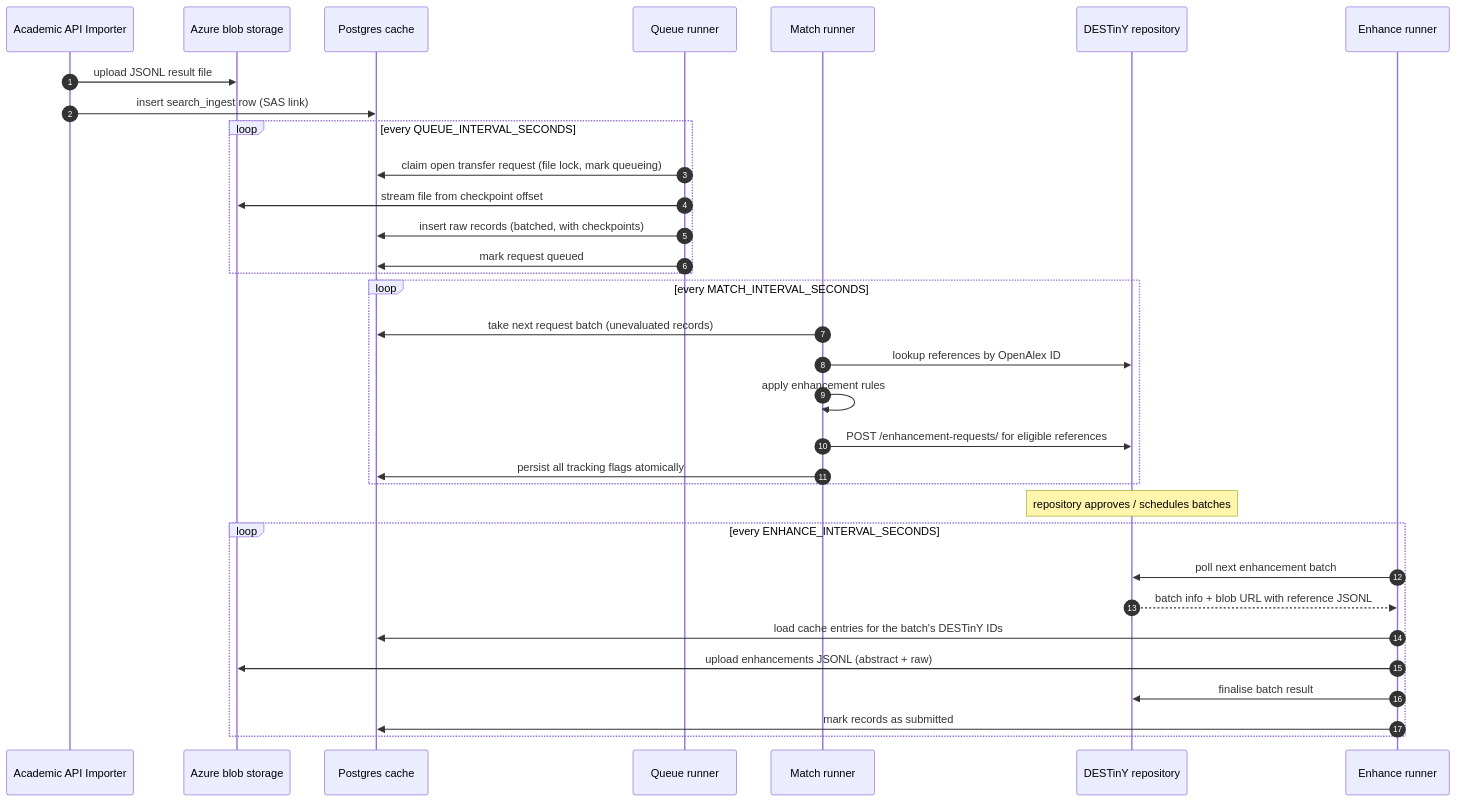
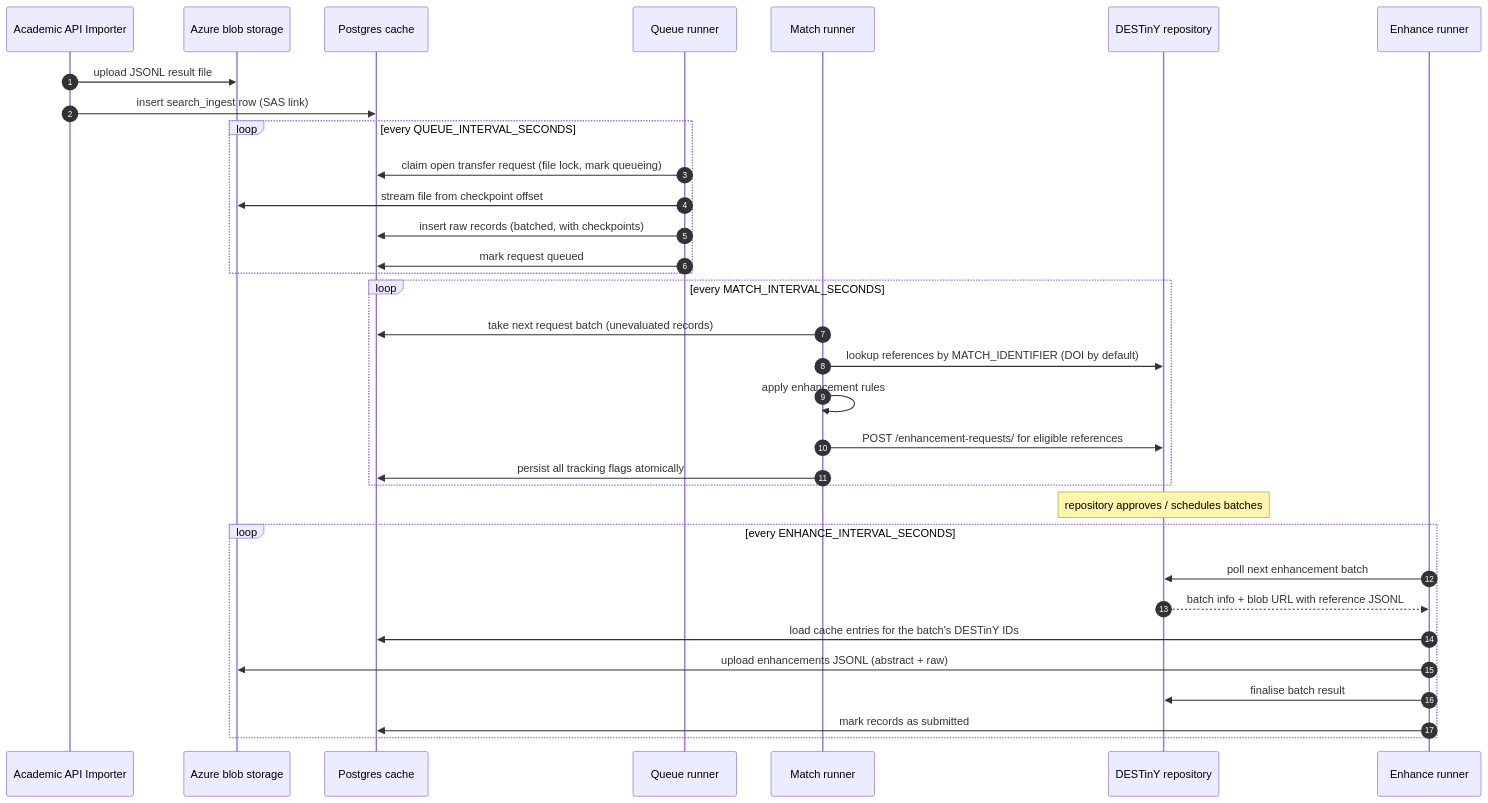
One commit to destiny-evidence/bulk-abstract-ingest-robot changed the diagram in docs/docs/architecture.md. Above: the diagram before and after it, drawn with Mermaid. The commit also changed other lines of this file and 10 other files, not shown here.

````diff
--- a/docs/docs/architecture.md
+++ b/docs/docs/architecture.md
@@ -15,36 +15,36 @@
 ```mermaid
 sequenceDiagram
     autonumber
     participant API as Academic API Importer
     participant Blob as Azure blob storage
     participant DB as Postgres cache
     participant Q as Queue runner
     participant M as Match runner
     participant ODS as DESTinY repository
     participant E as Enhance runner
 
     API->>Blob: upload JSONL result file
     API->>DB: insert search_ingest row (SAS link)
     loop every QUEUE_INTERVAL_SECONDS
         Q->>DB: claim open transfer request (file lock, mark queueing)
         Q->>Blob: stream file from checkpoint offset
         Q->>DB: insert raw records (batched, with checkpoints)
         Q->>DB: mark request queued
     end
     loop every MATCH_INTERVAL_SECONDS
         M->>DB: take next request batch (unevaluated records)
-        M->>ODS: lookup references by OpenAlex ID
+        M->>ODS: lookup references by MATCH_IDENTIFIER (DOI by default)
         M->>M: apply enhancement rules
         M->>ODS: POST /enhancement-requests/ for eligible references
         M->>DB: persist all tracking flags atomically
     end
     Note over ODS: repository approves / schedules batches
     loop every ENHANCE_INTERVAL_SECONDS
         E->>ODS: poll next enhancement batch
         ODS-->>E: batch info + blob URL with reference JSONL
         E->>DB: load cache entries for the batch's DESTinY IDs
         E->>Blob: upload enhancements JSONL (abstract + raw)
         E->>ODS: finalise batch result
         E->>DB: mark records as submitted
     end
 ```
````
